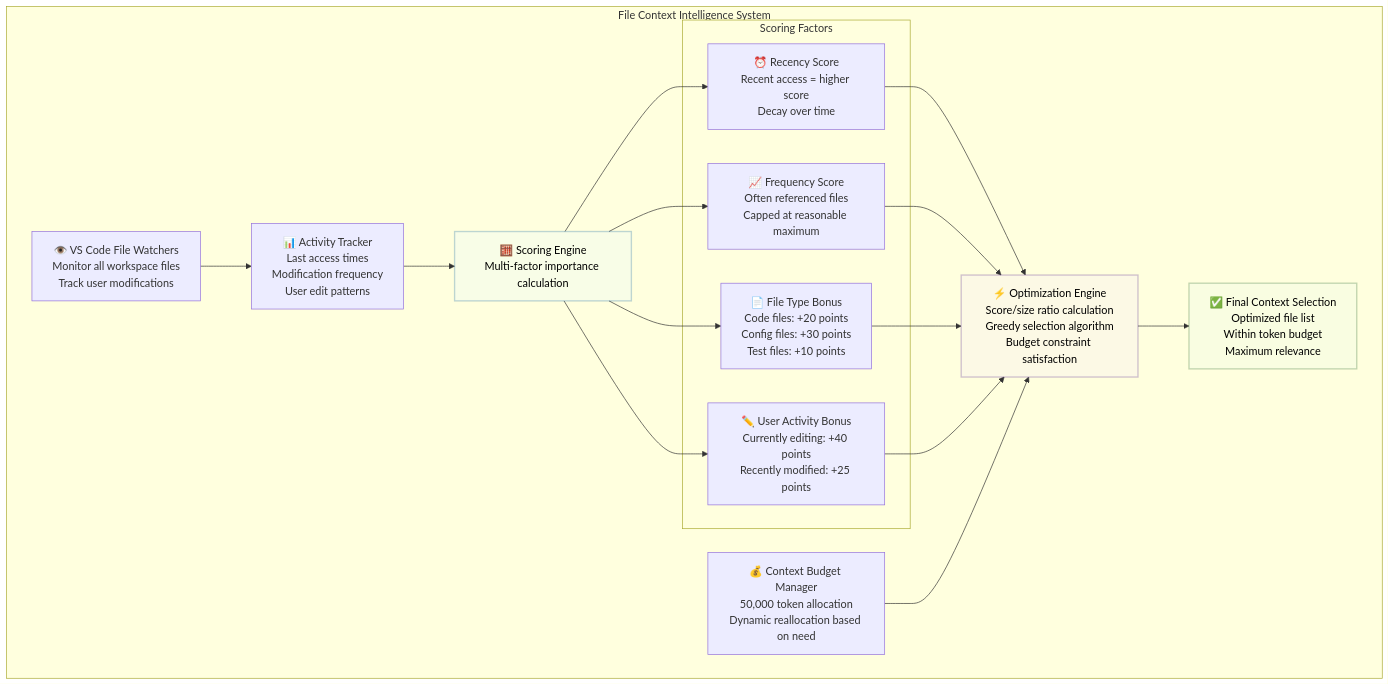
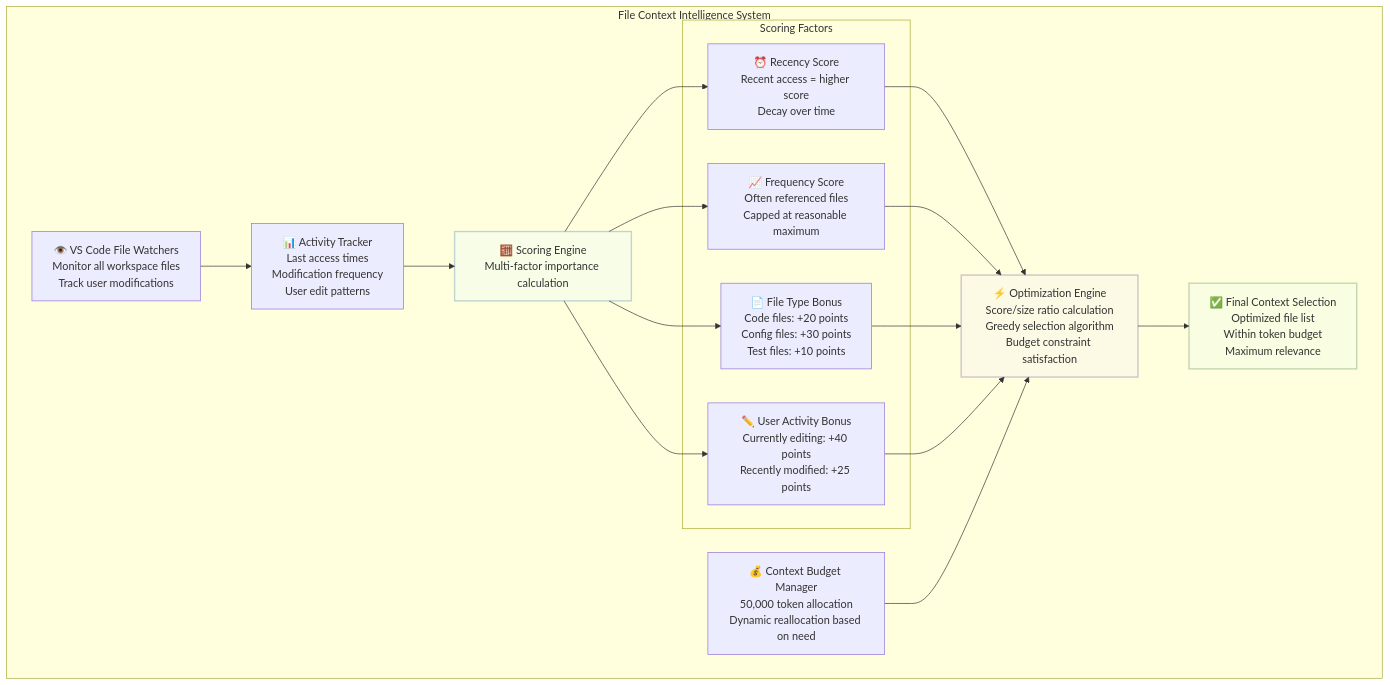
Before and after one commit to tuanddd/research: the fourth of 6 diagrams in breakdown/cline.md, drawn with Mermaid.

Commit message:
fix: styling color for file context

````diff
--- a/breakdown/cline.md
+++ b/breakdown/cline.md
@@ -458,46 +458,46 @@
 ```mermaid
 flowchart TD
     subgraph "File Context Intelligence System"
         FileWatchers[👁️ VS Code File Watchers<br/>Monitor all workspace files<br/>Track user modifications]
 
         ActivityTracker[📊 Activity Tracker<br/>Last access times<br/>Modification frequency<br/>User edit patterns]
 
         ScoringEngine[🧮 Scoring Engine<br/>Multi-factor importance calculation]
 
         subgraph "Scoring Factors"
             Recency[⏰ Recency Score<br/>Recent access = higher score<br/>Decay over time]
 
             Frequency[📈 Frequency Score<br/>Often referenced files<br/>Capped at reasonable maximum]
 
             FileType[📄 File Type Bonus<br/>Code files: +20 points<br/>Config files: +30 points<br/>Test files: +10 points]
 
             UserActivity[✏️ User Activity Bonus<br/>Currently editing: +40 points<br/>Recently modified: +25 points]
         end
 
         ContextBudget[💰 Context Budget Manager<br/>50,000 token allocation<br/>Dynamic reallocation based on need]
 
         OptimizationEngine[⚡ Optimization Engine<br/>Score/size ratio calculation<br/>Greedy selection algorithm<br/>Budget constraint satisfaction]
 
         ContextSelection[✅ Final Context Selection<br/>Optimized file list<br/>Within token budget<br/>Maximum relevance]
     end
 
     FileWatchers --> ActivityTracker
     ActivityTracker --> ScoringEngine
 
     ScoringEngine --> Recency
     ScoringEngine --> Frequency
     ScoringEngine --> FileType
     ScoringEngine --> UserActivity
 
     Recency --> OptimizationEngine
     Frequency --> OptimizationEngine
     FileType --> OptimizationEngine
     UserActivity --> OptimizationEngine
 
     ContextBudget --> OptimizationEngine
     OptimizationEngine --> ContextSelection
 
-    style ScoringEngine fill:#e1f5fe40,stroke:#01579b40,stroke-width:2px,color:#000000
-    style OptimizationEngine fill:#f3e5f540,stroke:#4a148c40,stroke-width:2px,color:#000000
-    style ContextSelection fill:#e8f5e840,stroke:#1b5e2040,stroke-width:2px,color:#000000
+    style ScoringEngine fill:#e1f5fe40,stroke:#01579b40,stroke-width:2px
+    style OptimizationEngine fill:#f3e5f540,stroke:#4a148c40,stroke-width:2px
+    style ContextSelection fill:#e8f5e840,stroke:#1b5e2040,stroke-width:2px
 ```
````
